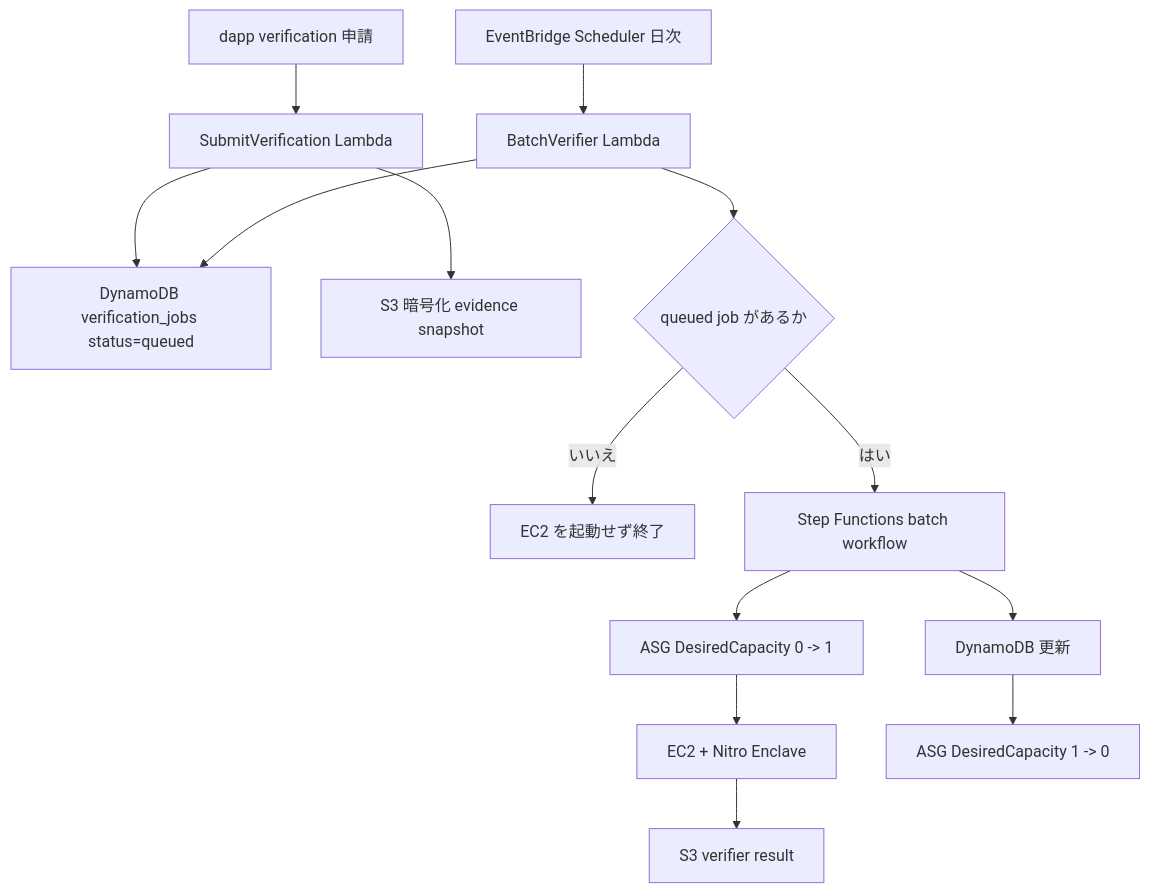
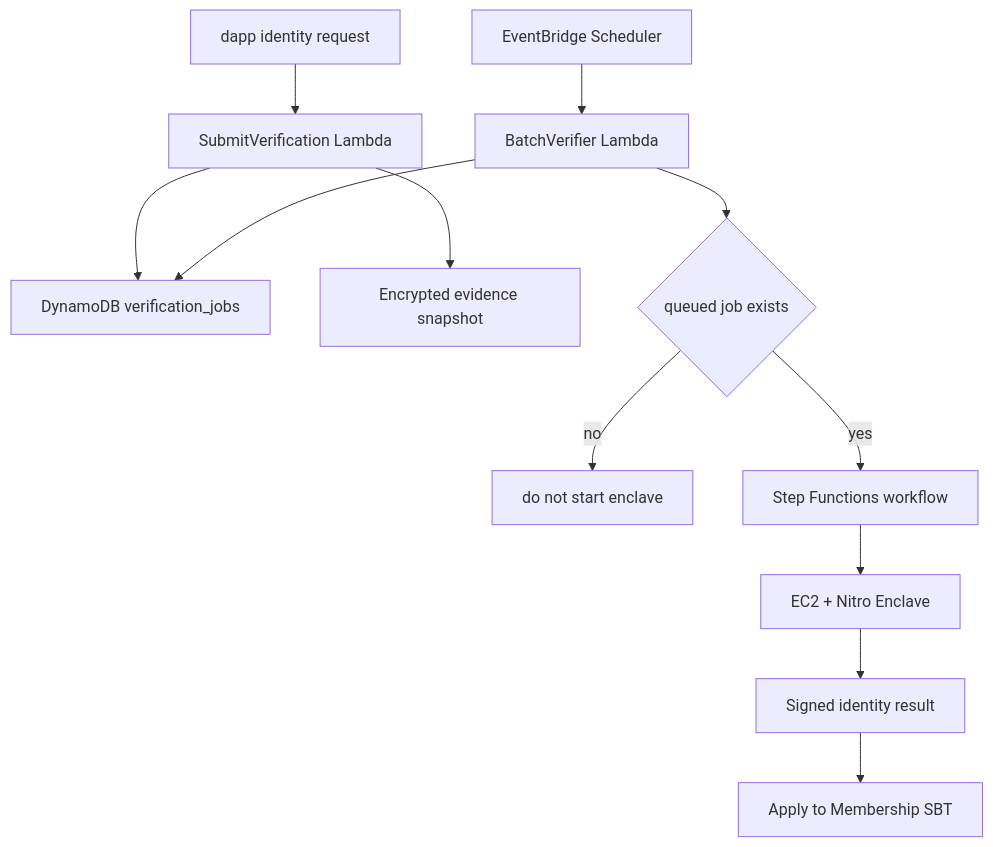
The diagram in nautilus/verifiers/membership/README.md (UnagiLabs/Sonari), drawn with Mermaid before and after one commit. The commit also changed other lines of this file and 7 other files, not shown here.

````diff
--- a/nautilus/verifiers/membership/README.md
+++ b/nautilus/verifiers/membership/README.md
@@ -30,16 +94,14 @@
 ```mermaid
 flowchart TD
-  Dapp[dapp verification 申請] --> Submit[SubmitVerification Lambda]
-  Submit --> Jobs[DynamoDB verification_jobs status=queued]
-  Submit --> Evidence[S3 暗号化 evidence snapshot]
-  Scheduler[EventBridge Scheduler 日次] --> Batch[BatchVerifier Lambda]
+  Dapp[dapp identity request] --> Submit[SubmitVerification Lambda]
+  Submit --> Jobs[DynamoDB verification_jobs]
+  Submit --> Evidence[Encrypted evidence snapshot]
+  Scheduler[EventBridge Scheduler] --> Batch[BatchVerifier Lambda]
   Batch --> Jobs
-  Batch --> Empty{queued job があるか}
-  Empty -->|いいえ| End[EC2 を起動せず終了]
-  Empty -->|はい| Workflow[Step Functions batch workflow]
-  Workflow --> ASG[ASG DesiredCapacity 0 -> 1]
-  ASG --> EC2[EC2 + Nitro Enclave]
-  EC2 --> Result[S3 verifier result]
-  Workflow --> Apply[DynamoDB 更新]
-  Apply --> Stop[ASG DesiredCapacity 1 -> 0]
+  Batch --> Empty{queued job exists}
+  Empty -->|no| End[do not start enclave]
+  Empty -->|yes| Workflow[Step Functions workflow]
+  Workflow --> Enclave[EC2 + Nitro Enclave]
+  Enclave --> Result[Signed identity result]
+  Result --> Apply[Apply to Membership SBT]
 ```
````
